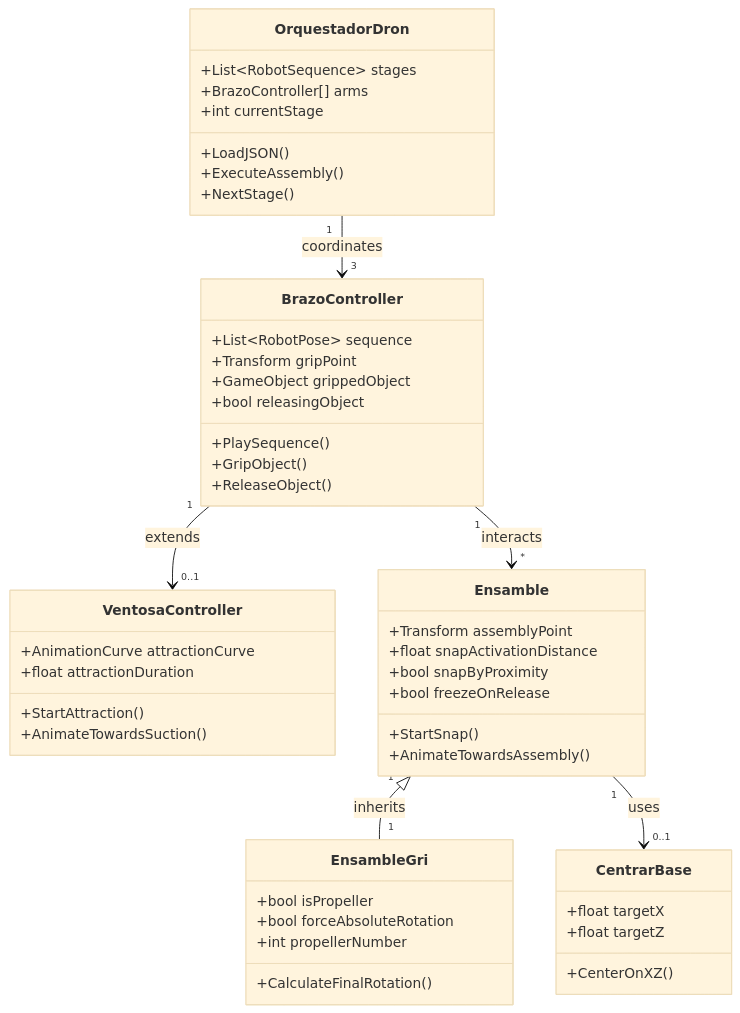
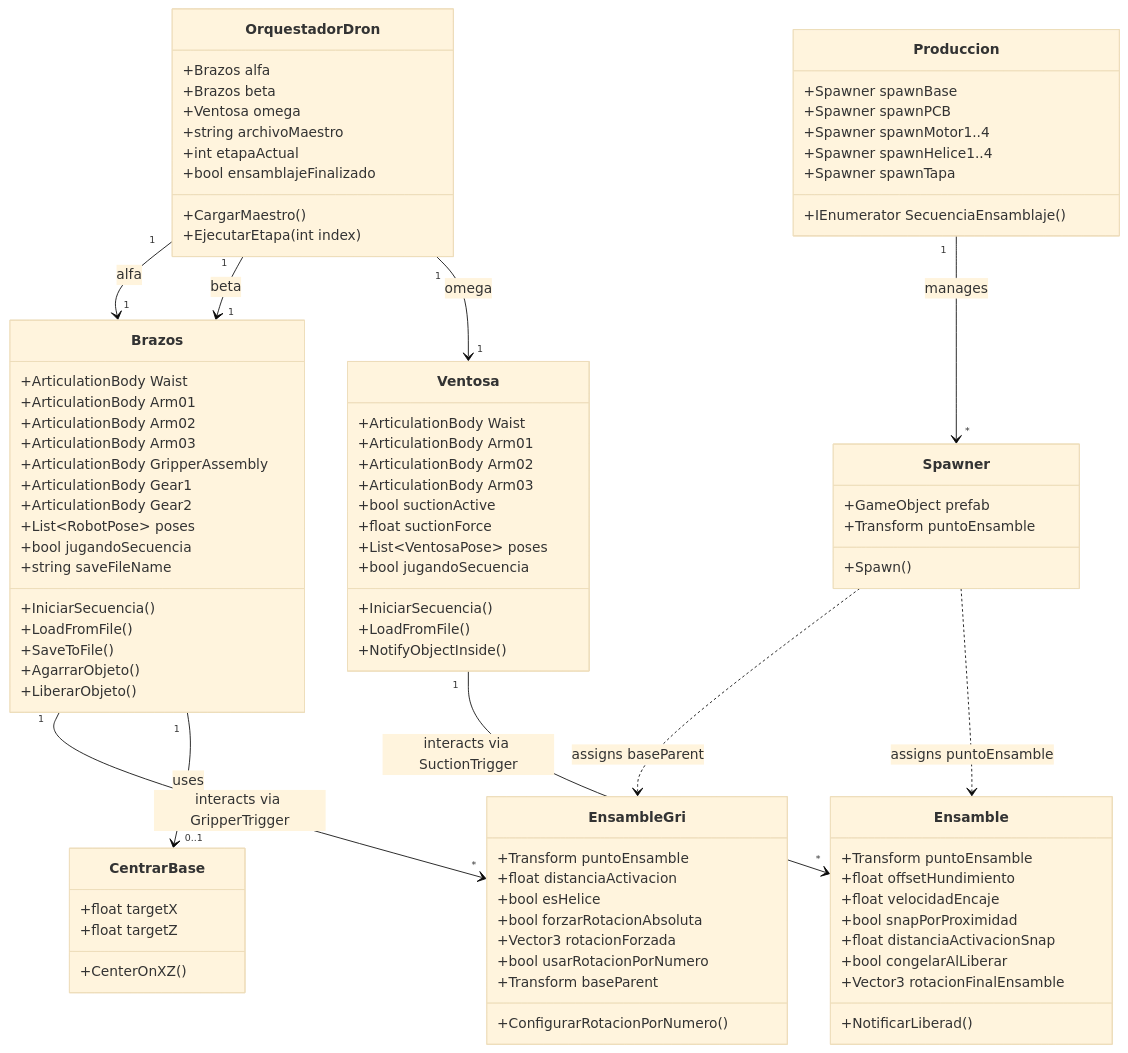
One commit to jorgefajardom-coder/drone-packaging-simulation-unity changed the third of 6 diagrams in README.md. Above: the diagram before and after it, drawn with Mermaid (base theme). The commit also changed other lines of this file, not shown here.

````diff
--- a/README.md
+++ b/README.md
@@ -208,45 +207,83 @@
 ```mermaid
 classDiagram
     class OrquestadorDron {
-        +List~RobotSequence~ stages
-        +BrazoController[] arms
-        +int currentStage
-        +LoadJSON()
-        +ExecuteAssembly()
-        +NextStage()
+        +Brazos alfa
+        +Brazos beta
+        +Ventosa omega
+        +string archivoMaestro
+        +int etapaActual
+        +bool ensamblajeFinalizado
+        +CargarMaestro()
+        +EjecutarEtapa(int index)
     }
     
-    class BrazoController {
-        +List~RobotPose~ sequence
-        +Transform gripPoint
-        +GameObject grippedObject
-        +bool releasingObject
-        +PlaySequence()
-        +GripObject()
-        +ReleaseObject()
+    class Brazos {
+        +ArticulationBody Waist
+        +ArticulationBody Arm01
+        +ArticulationBody Arm02
+        +ArticulationBody Arm03
+        +ArticulationBody GripperAssembly
+        +ArticulationBody Gear1
+        +ArticulationBody Gear2
+        +List~RobotPose~ poses
+        +bool jugandoSecuencia
+        +string saveFileName
+        +IniciarSecuencia()
+        +LoadFromFile()
+        +SaveToFile()
+        +AgarrarObjeto()
+        +LiberarObjeto()
     }
     
-    class VentosaController {
-        +AnimationCurve attractionCurve
-        +float attractionDuration
-        +StartAttraction()
-        +AnimateTowardsSuction()
+    class Ventosa {
+        +ArticulationBody Waist
+        +ArticulationBody Arm01
+        +ArticulationBody Arm02
+        +ArticulationBody Arm03
+        +bool suctionActive
+        +float suctionForce
+        +List~VentosaPose~ poses
+        +bool jugandoSecuencia
+        +IniciarSecuencia()
+        +LoadFromFile()
+        +NotifyObjectInside()
     }
     
     class Ensamble {
-        +Transform assemblyPoint
-        +float snapActivationDistance
-        +bool snapByProximity
-        +bool freezeOnRelease
-        +StartSnap()
-        +AnimateTowardsAssembly()
+        +Transform puntoEnsamble
+        +float offsetHundimiento
+        +float velocidadEncaje
+        +bool snapPorProximidad
+        +float distanciaActivacionSnap
+        +bool congelarAlLiberar
+        +Vector3 rotacionFinalEnsamble
+        +NotificarLiberad()
     }
     
     class EnsambleGri {
-        +bool isPropeller
-        +bool forceAbsoluteRotation
-        +int propellerNumber
-        +CalculateFinalRotation()
+        +Transform puntoEnsamble
+        +float distanciaActivacion
+        +bool esHelice
+        +bool forzarRotacionAbsoluta
+        +Vector3 rotacionForzada
+        +bool usarRotacionPorNumero
+        +Transform baseParent
+        +ConfigurarRotacionPorNumero()
+    }
+    
+    class Spawner {
+        +GameObject prefab
+        +Transform puntoEnsamble
+        +Spawn()
+    }
+    
+    class Produccion {
+        +Spawner spawnBase
+        +Spawner spawnPCB
+        +Spawner spawnMotor1..4
+        +Spawner spawnHelice1..4
+        +Spawner spawnTapa
+        +IEnumerator SecuenciaEnsamblaje()
     }
     
     class CentrarBase {
@@ -255,9 +292,13 @@
         +CenterOnXZ()
     }
     
-    OrquestadorDron "1" --> "3" BrazoController : coordinates
-    BrazoController "1" --> "0..1" VentosaController : extends
-    BrazoController "1" --> "*" Ensamble : interacts
-    Ensamble "1" <|-- "1" EnsambleGri : inherits
-    Ensamble "1" --> "0..1" CentrarBase : uses
+    OrquestadorDron "1" --> "1" Brazos : alfa
+    OrquestadorDron "1" --> "1" Brazos : beta
+    OrquestadorDron "1" --> "1" Ventosa : omega
+    Brazos "1" --> "*" EnsambleGri : interacts via GripperTrigger
+    Ventosa "1" --> "*" Ensamble : interacts via SuctionTrigger
+    Brazos "1" --> "0..1" CentrarBase : uses
+    Produccion "1" --> "*" Spawner : manages
+    Spawner ..> EnsambleGri : assigns baseParent
+    Spawner ..> Ensamble : assigns puntoEnsamble
 ```
````
